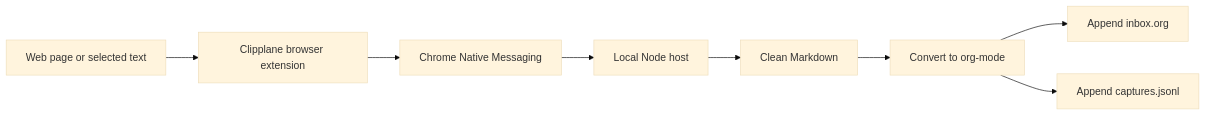
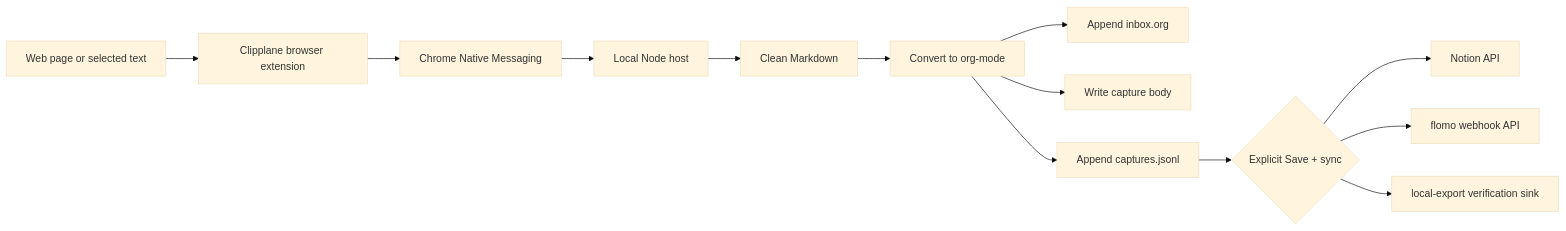
The diagram in README.md (KKenny0/Clipplane), drawn with Mermaid (base theme) before and after one commit. The commit also changed other lines of this file and 16 other files, not shown here.

Commit message:
feat: add API sink sync framework

````diff
--- a/README.md
+++ b/README.md
@@ -21,10 +22,15 @@
 ```mermaid
 flowchart LR
   A[Web page or selected text] --> B[Clipplane browser extension]
   B --> C[Chrome Native Messaging]
   C --> D[Local Node host]
   D --> E[Clean Markdown]
   E --> F[Convert to org-mode]
   F --> G[Append inbox.org]
-  F --> H[Append captures.jsonl]
+  F --> H[Write capture body]
+  F --> I[Append captures.jsonl]
+  I --> J{Explicit Save + sync}
+  J --> K[Notion API]
+  J --> L[flomo webhook API]
+  J --> M[local-export verification sink]
 ```
````
